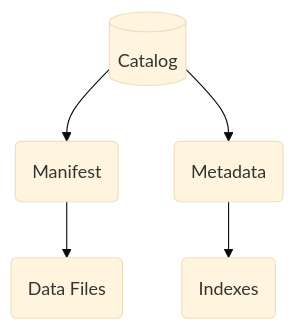
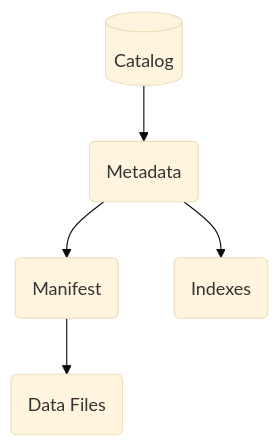
The diagram in README.md (mabel-dev/korolev), drawn with Mermaid (base theme) before and after one commit.

```diff
--- a/README.md
+++ b/README.md
@@ -43,8 +43,8 @@
 ~~~mermaid
 flowchart TD
-    CAT[(Catalog)] -->MAN(Manifest)
-    CAT --> MET(Metadata)
+    CAT[(Catalog)] --> MET(Metadata)
+    MET --> MAN(Manifest)
     MET --> IDX(Indexes)
     MAN --> PAR(Data Files)
 
 ~~~
```
